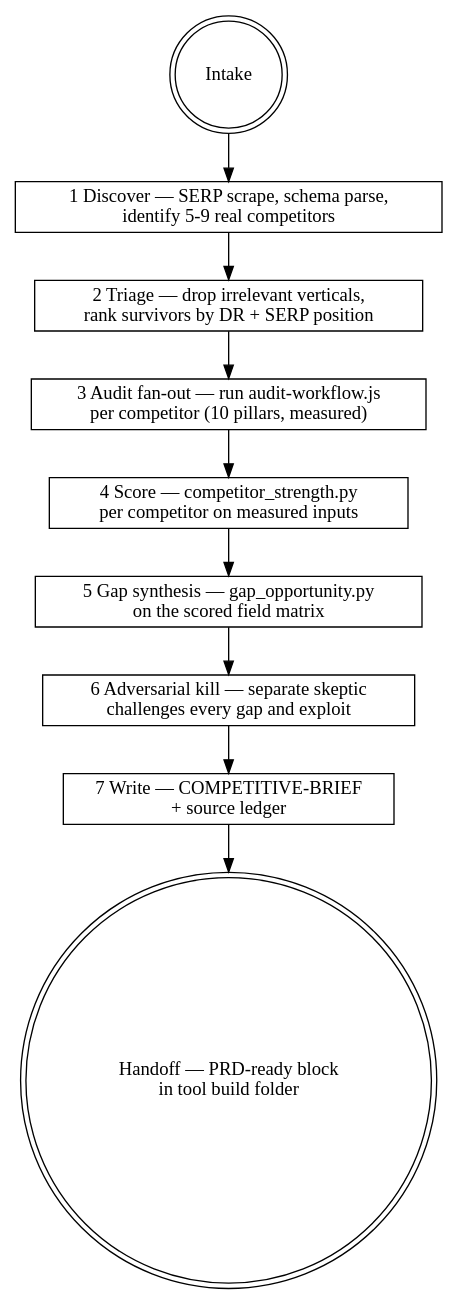
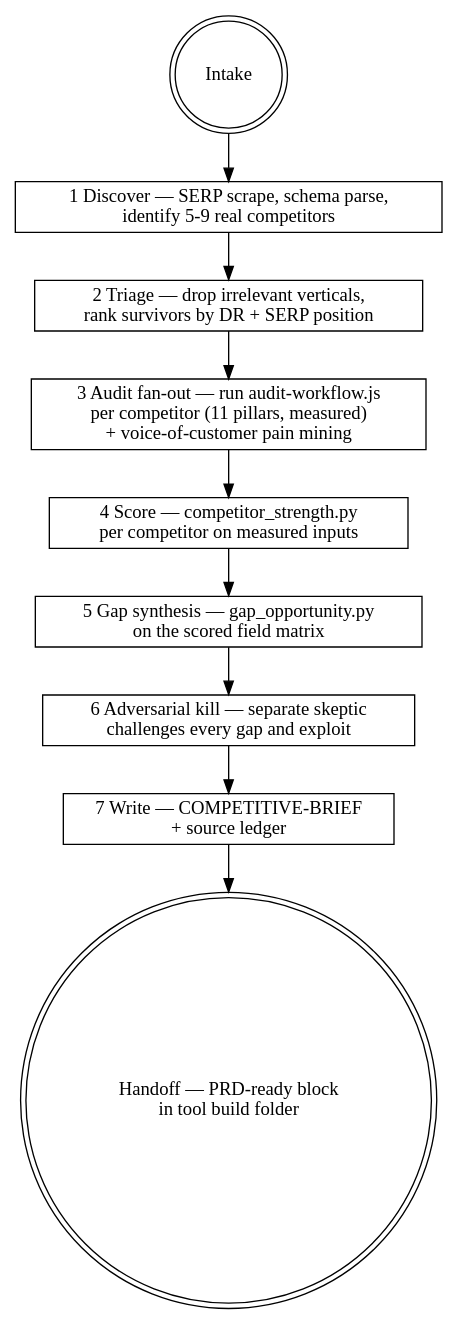
Before and after one commit to luv-jeri/tool-factory-skills: the second of 2 diagrams in SKILL.md, drawn with Graphviz. The commit also changed other lines of this file and 4 other files, not shown here.

First line of the commit message:
feat: Pillar 11 voice-of-customer + Pillar 6 input-ergonomics + Pillar 4b rich-result freshness

````diff
--- a/SKILL.md
+++ b/SKILL.md
@@ -62,14 +62,14 @@
 ```dot
 digraph funnel {
   s0 [shape=doublecircle label="Intake"];
   s1 [shape=box label="1 Discover — SERP scrape, schema parse,\nidentify 5-9 real competitors"];
   s2 [shape=box label="2 Triage — drop irrelevant verticals,\nrank survivors by DR + SERP position"];
-  s3 [shape=box label="3 Audit fan-out — run audit-workflow.js\nper competitor (10 pillars, measured)"];
+  s3 [shape=box label="3 Audit fan-out — run audit-workflow.js\nper competitor (11 pillars, measured)\n+ voice-of-customer pain mining"];
   s4 [shape=box label="4 Score — competitor_strength.py\nper competitor on measured inputs"];
   s5 [shape=box label="5 Gap synthesis — gap_opportunity.py\non the scored field matrix"];
   s6 [shape=box label="6 Adversarial kill — separate skeptic\nchallenges every gap and exploit"];
   s7 [shape=box label="7 Write — COMPETITIVE-BRIEF\n+ source ledger"];
   s8 [shape=doublecircle label="Handoff — PRD-ready block\nin tool build folder"];
   s0 -> s1 -> s2 -> s3 -> s4 -> s5 -> s6 -> s7 -> s8;
 }
 ```
````
